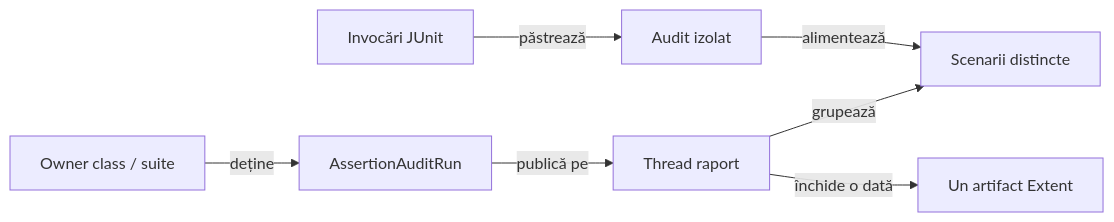
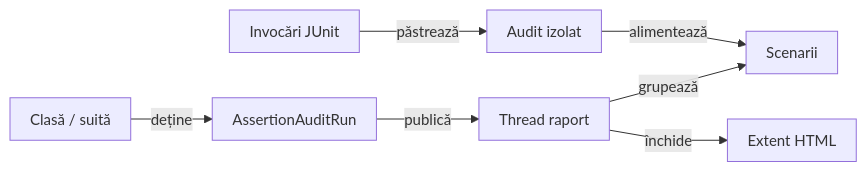
Diagram 13 of 14 in atf-reporting/README.md (crististefanita/atf_j0), drawn with Mermaid before and after one commit. The commit also changed other lines of this file and 97 other files, not shown here.

````diff
--- a/atf-reporting/README.md
+++ b/atf-reporting/README.md
@@ -1444,9 +1579,10 @@
 ```mermaid
+%%{init: {"themeVariables":{"fontSize":"15px"},"themeCSS":".nodeLabel, .nodeLabel p { font-size: 15px !important; line-height: 1.35 !important; } .edgeLabel, .edgeLabel p { font-size: 12px !important; font-weight: 400 !important; line-height: 1.2 !important; } .edgeLabel .labelBkg, .edgeLabel p { background: transparent !important; } .edgeLabel foreignObject { transform: translateY(-18px); overflow: visible; } .node rect { rx: 6px; ry: 6px; }","flowchart":{"curve":"linear","nodeSpacing":24,"rankSpacing":40,"padding":10,"diagramPadding":16}}}%%
 flowchart LR
-    Scope["Owner class / suite"] -->|deține| Run["AssertionAuditRun"]
-    Run -->|publică pe| Worker["Thread raport"]
+    Scope["Clasă / suită"] -->|deține| Run["AssertionAuditRun"]
+    Run -->|publică| Worker["Thread raport"]
     Invocation["Invocări JUnit"] -->|păstrează| Audit["Audit izolat"]
-    Audit -->|alimentează| Scenario["Scenarii distincte"]
+    Audit -->|alimentează| Scenario["Scenarii"]
     Worker -->|grupează| Scenario
-    Worker -->|închide o dată| Artifact["Un artifact Extent"]
+    Worker -->|închide| Artifact["Extent HTML"]
 ```
````
